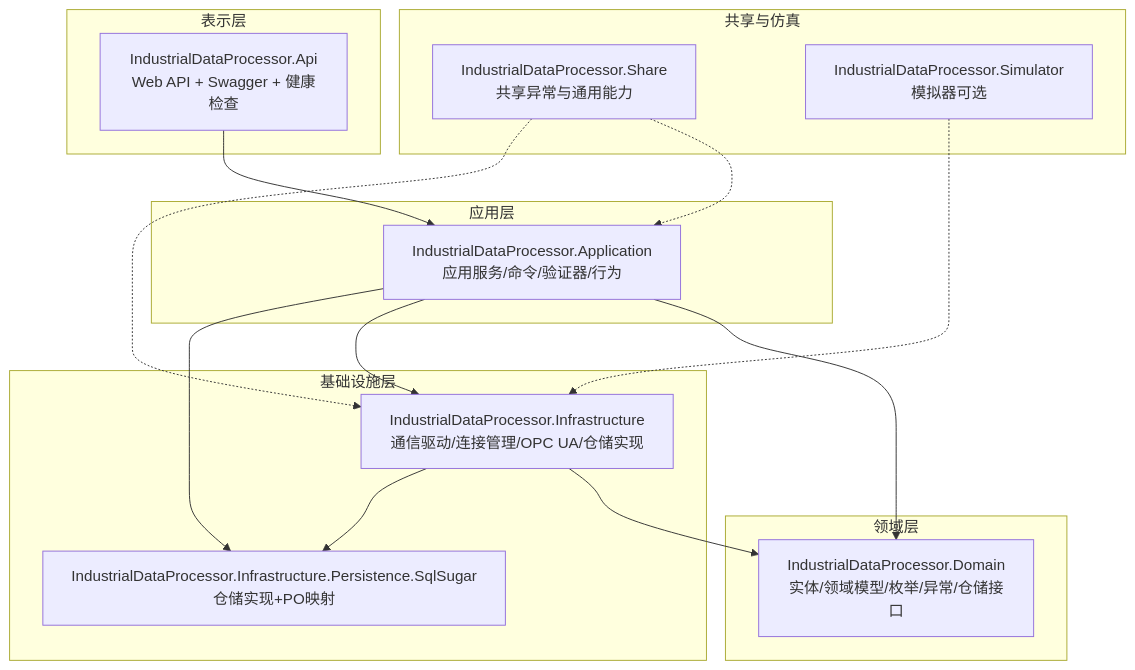
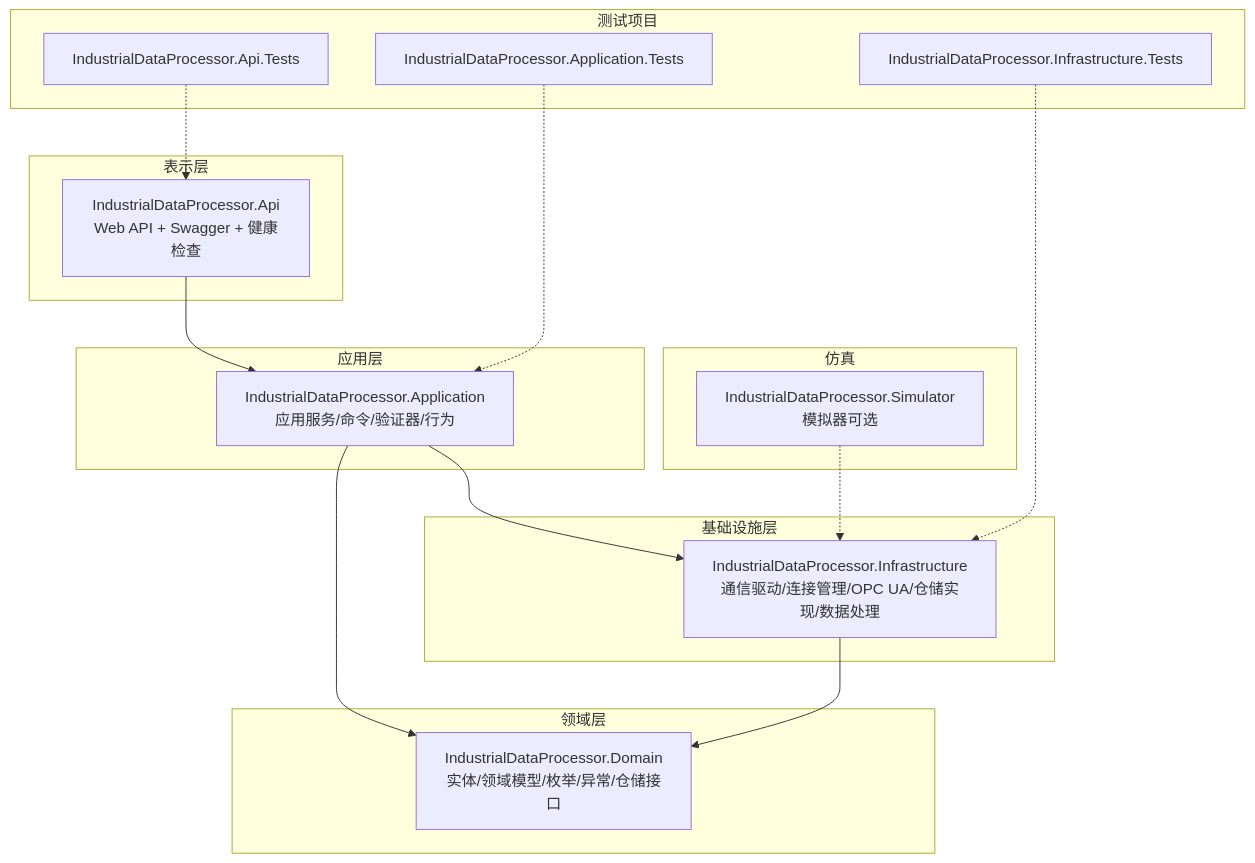
Before and after one commit to whitemousetl/IndustrialDataSolution: the first of 7 diagrams in .qoder/repowiki/zh/content/项目概述.md, drawn with Mermaid. The commit also changed other lines of this file and 4 other files, not shown here.

````diff
--- a/.qoder/repowiki/zh/content/项目概述.md
+++ b/.qoder/repowiki/zh/content/项目概述.md
@@ -56,29 +59,31 @@
 ```mermaid
 graph TB
 subgraph "表示层"
 API["IndustrialDataProcessor.Api<br/>Web API + Swagger + 健康检查"]
 end
 subgraph "应用层"
 APP["IndustrialDataProcessor.Application<br/>应用服务/命令/验证器/行为"]
 end
 subgraph "领域层"
 DOMAIN["IndustrialDataProcessor.Domain<br/>实体/领域模型/枚举/异常/仓储接口"]
 end
 subgraph "基础设施层"
-INFRA["IndustrialDataProcessor.Infrastructure<br/>通信驱动/连接管理/OPC UA/仓储实现"]
-PERSIST["IndustrialDataProcessor.Infrastructure.Persistence.SqlSugar<br/>仓储实现+PO映射"]
+INFRA["IndustrialDataProcessor.Infrastructure<br/>通信驱动/连接管理/OPC UA/仓储实现/数据处理"]
 end
-subgraph "共享与仿真"
-SHARE["IndustrialDataProcessor.Share<br/>共享异常与通用能力"]
+subgraph "测试项目"
+TEST1["IndustrialDataProcessor.Api.Tests"]
+TEST2["IndustrialDataProcessor.Application.Tests"]
+TEST3["IndustrialDataProcessor.Infrastructure.Tests"]
+end
+subgraph "仿真"
 SIM["IndustrialDataProcessor.Simulator<br/>模拟器可选"]
 end
 API --> APP
 APP --> DOMAIN
 APP --> INFRA
 INFRA --> DOMAIN
-INFRA --> PERSIST
-APP --> PERSIST
-SHARE -.-> APP
-SHARE -.-> INFRA
 SIM -.-> INFRA
+TEST1 -.-> API
+TEST2 -.-> APP
+TEST3 -.-> INFRA
 ```
````
